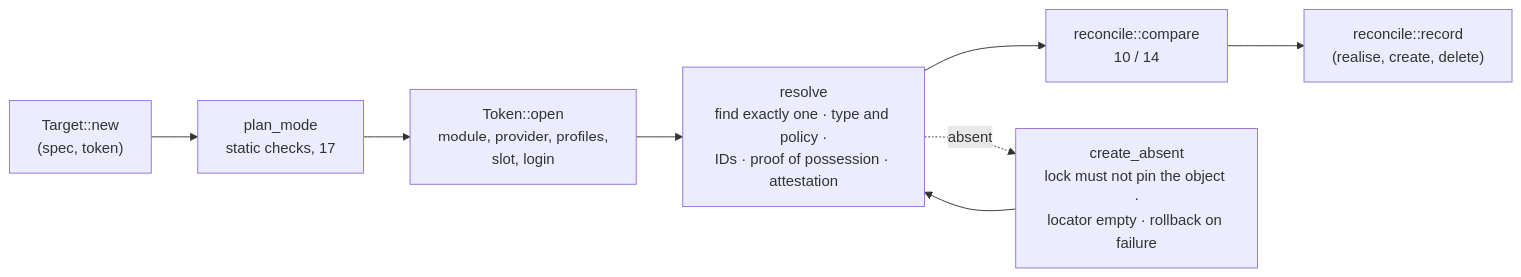
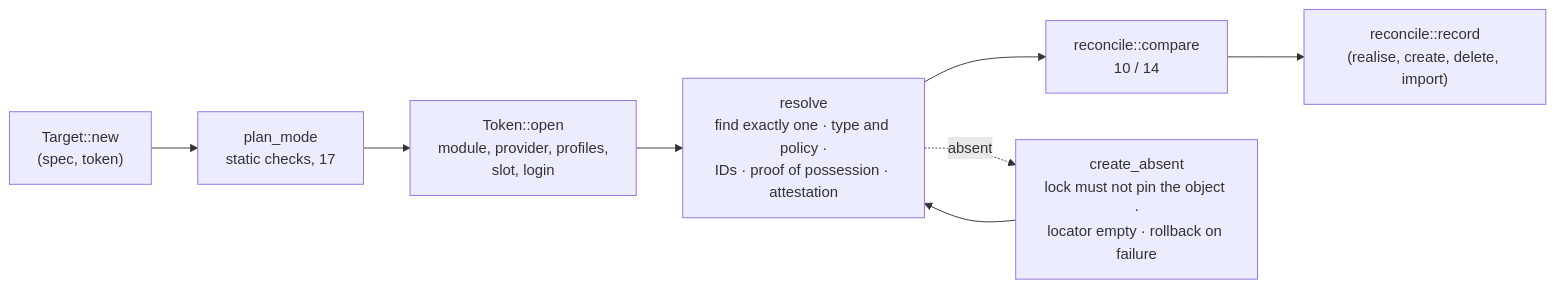
The second of 2 diagrams in docs/ARCHITECTURE.md (Princemachiavelli/cakeys), drawn with Mermaid before and after one commit. The commit also changed other lines of this file and 98 other files, not shown here.

````diff
--- a/docs/ARCHITECTURE.md
+++ b/docs/ARCHITECTURE.md
@@ -196,10 +92,10 @@
 ```mermaid
 flowchart LR
     A["Target::new<br/>(spec, token)"] --> B["plan_mode<br/>static checks, 17"]
     B --> C["Token::open<br/>module, provider, profiles,<br/>slot, login"]
     C --> D["resolve<br/>find exactly one · type and policy ·<br/>IDs · proof of possession · attestation"]
     D --> E["reconcile::compare<br/>10 / 14"]
-    E --> F["reconcile::record<br/>(realise, create, delete)"]
+    E --> F["reconcile::record<br/>(realise, create, delete, import)"]
     D -. absent .-> G["create_absent<br/>lock must not pin the object ·<br/>locator empty · rollback on failure"]
     G --> D
 ```
````
